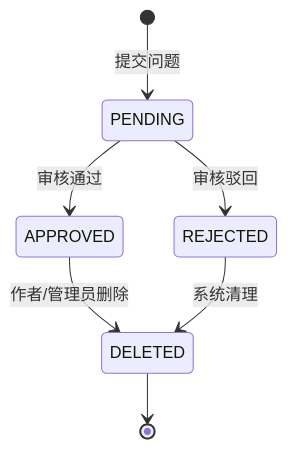
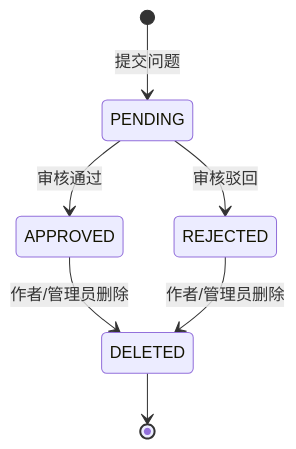
The third of 3 diagrams in requirement/modules/05.02-圈子首页.md (PM-Billy/engineer-online), drawn with Mermaid before and after one commit. The commit also changed other lines of this file and 19 other files, not shown here.

````diff
--- a/requirement/modules/05.02-圈子首页.md
+++ b/requirement/modules/05.02-圈子首页.md
@@ -179,9 +181,9 @@
 ```mermaid
 stateDiagram-v2
     [*] --> PENDING : 提交问题
     PENDING --> APPROVED : 审核通过
     PENDING --> REJECTED : 审核驳回
     APPROVED --> DELETED : 作者/管理员删除
-    REJECTED --> DELETED : 系统清理
+    REJECTED --> DELETED : 作者/管理员删除
     DELETED --> [*]
 ```
````
